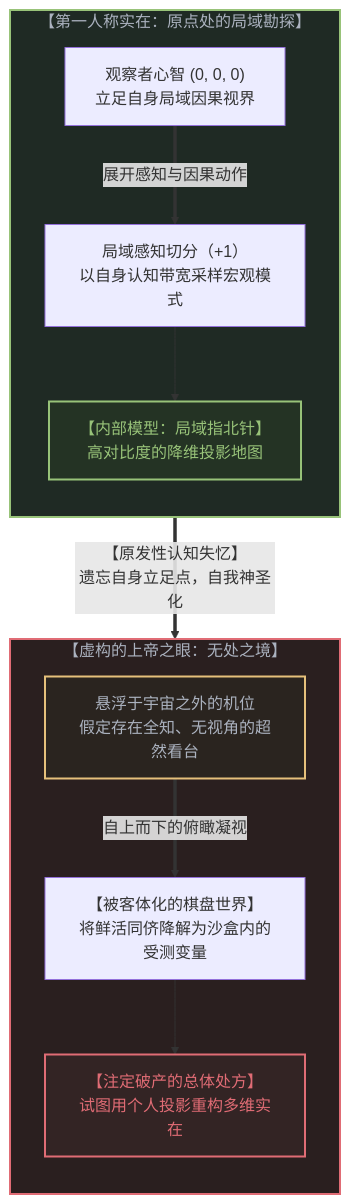
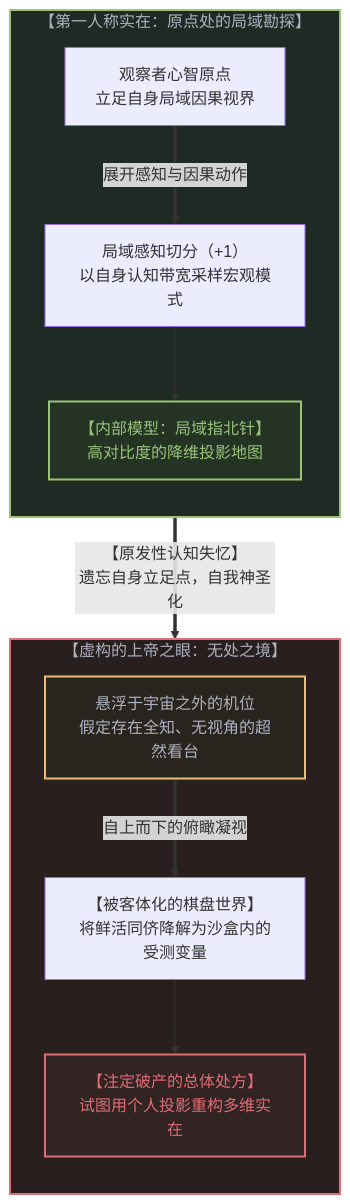
Before and after one commit to powerpig99/not-a-toe: the third of 10 diagrams in content/posts/the-invisible-gods-eye.md, drawn with Mermaid. The commit also changed other lines of this file and 15 other files, not shown here.

````diff
--- a/content/posts/the-invisible-gods-eye.md
+++ b/content/posts/the-invisible-gods-eye.md
@@ -87,30 +87,30 @@
 ```mermaid
 graph TD
     subgraph GroundReality["【第一人称实在：原点处的局域勘探】"]
         direction TB
-        ObserverNode["观察者心智 (0, 0, 0)<br>立足自身局域因果视界"]
+        ObserverNode["观察者心智原点<br>立足自身局域因果视界"]
         LocalHorizon["局域感知切分（+1）<br>以自身认知带宽采样宏观模式"]
         ModelCompass["【内部模型：局域指北针】<br>高对比度的降维投影地图"]
 
         ObserverNode ==>|"展开感知与因果动作"| LocalHorizon
         LocalHorizon --> ModelCompass
     end
 
     GroundReality ==>|"【原发性认知失忆】<br>遗忘自身立足点，自我神圣化"| FloatingEye
 
     subgraph FloatingEye["【虚构的上帝之眼：无处之境】"]
         direction TB
         GodVantage["悬浮于宇宙之外的机位<br>假定存在全知、无视角的超然看台"]
         PawnField["【被客体化的棋盘世界】<br>将鲜活同侪降解为沙盒内的受测变量"]
         Prescription["【注定破产的总体处方】<br>试图用个人投影重构多维实在"]
 
         GodVantage ==>|"自上而下的俯瞰凝视"| PawnField
         PawnField --> Prescription
     end
 
     style GroundReality fill:#1f2a24,stroke:#98c379,stroke-width:2px,color:#abb2bf
     style FloatingEye fill:#2a1f1f,stroke:#e06c75,stroke-width:2px,color:#abb2bf
     style ModelCompass fill:#243324,stroke:#98c379,stroke-width:2px,color:#98c379
     style Prescription fill:#332424,stroke:#e06c75,stroke-width:2px,color:#e06c75
     style GodVantage fill:#2a241f,stroke:#e5c07b,stroke-width:2px,color:#abb2bf
 ```
````
